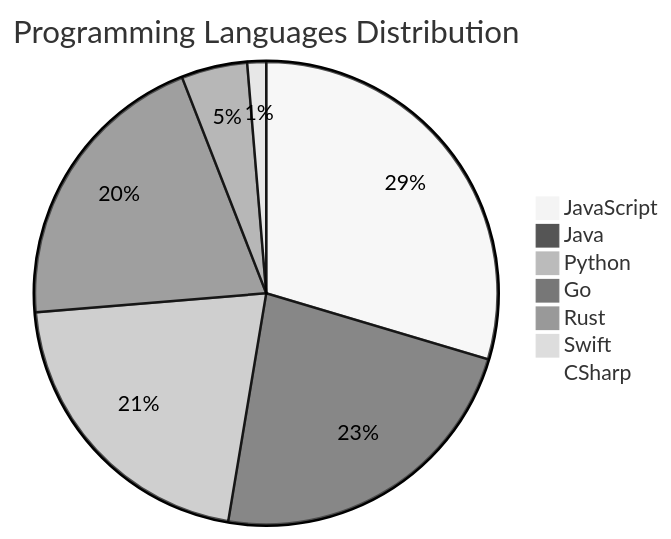
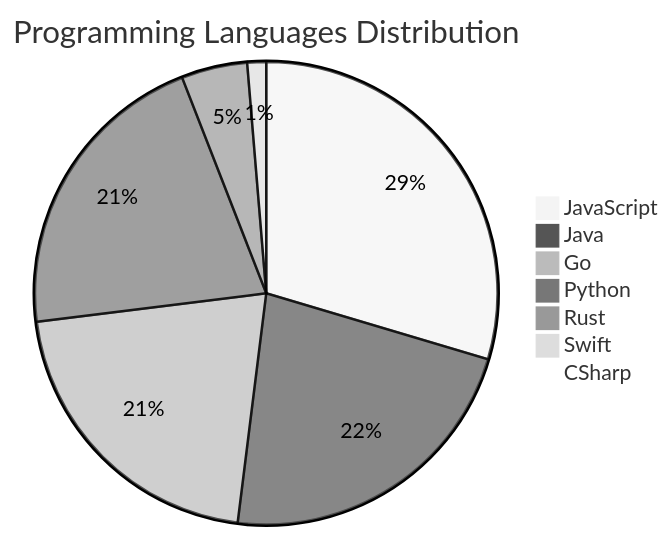
The diagram in README.md (Derrick-MUGISHA/github-activity-bot), drawn with Mermaid (neutral theme) before and after one commit. The commit also changed other lines of this file and 4 other files, not shown here.

````diff
--- a/README.md
+++ b/README.md
@@ -207,10 +207,10 @@
 ```mermaid
 pie title Programming Languages Distribution
     "JavaScript" : 45
-    "Java" : 35
+    "Java" : 34
+    "Go" : 32
     "Python" : 32
-    "Go" : 31
     "Rust" : 7
     "Swift" : 2
     "CSharp" : 1
 ```
````
